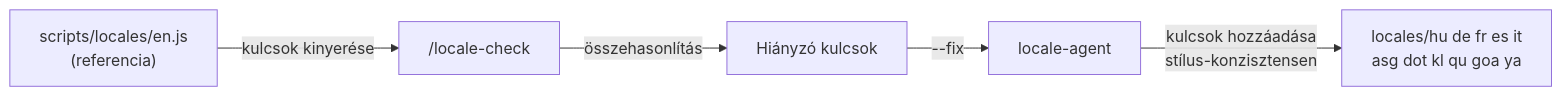
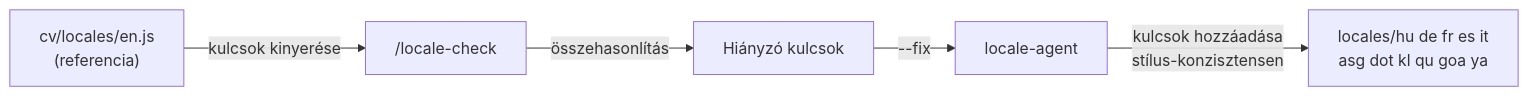
One commit to exphoenee/CV changed the fourth of 5 diagrams in devdocs/ai-workflow.md. Above: the diagram before and after it, drawn with Mermaid. The commit also changed other lines of this file and 91 other files, not shown here.

````diff
--- a/devdocs/ai-workflow.md
+++ b/devdocs/ai-workflow.md
@@ -425,13 +425,13 @@
 ```mermaid
 flowchart LR
-    EN["scripts/locales/en.js\n(referencia)"]
+    EN["cv/locales/en.js\n(referencia)"]
     LC["/locale-check"]
     LA["locale-agent"]
     MISSING["Hiányzó kulcsok"]
     FILES["locales/hu de fr es it\nasg dot kl qu goa ya"]
 
     EN -->|"kulcsok kinyerése"| LC
     LC -->|"összehasonlítás"| MISSING
     MISSING -->|"--fix"| LA
     LA -->|"kulcsok hozzáadása\nstílus-konzisztensen"| FILES
 ```
````
